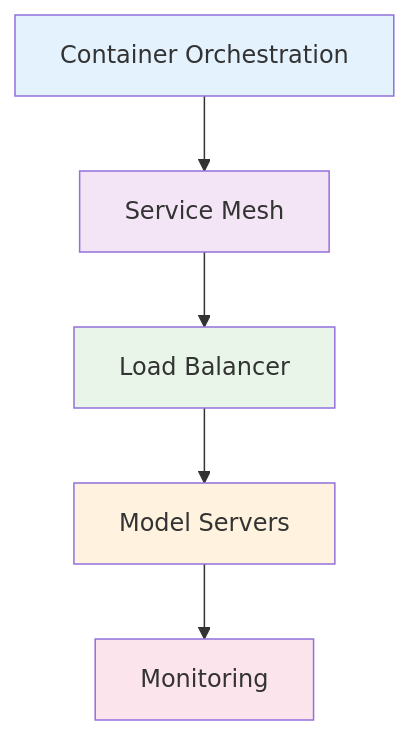
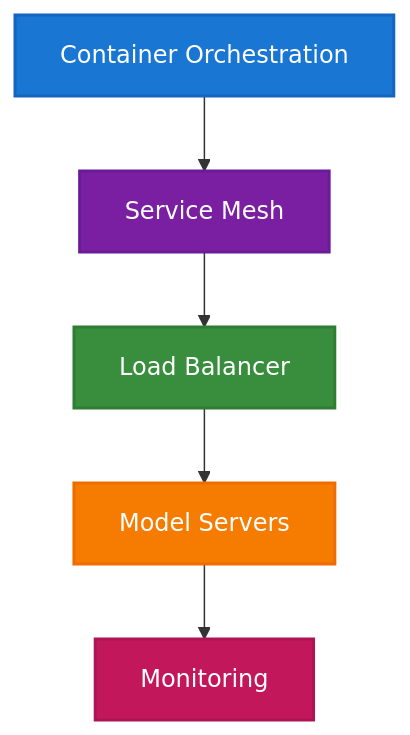
The third of 3 diagrams in mlops_architecture_guide.md (khaosans/articles), drawn with Mermaid before and after one commit. The commit also changed other lines of this file and 5 other files, not shown here.

First line of the commit message:
docs: improve Mermaid diagram readability and clean up footer text

````diff
--- a/mlops_architecture_guide.md
+++ b/mlops_architecture_guide.md
@@ -87,13 +87,13 @@
 ```mermaid
 flowchart TD
     A[Container Orchestration] --> B[Service Mesh]
     B --> C[Load Balancer]
     C --> D[Model Servers]
     D --> E[Monitoring]
     
-    style A fill:#e3f2fd
-    style B fill:#f3e5f5
-    style C fill:#e8f5e8
-    style D fill:#fff3e0
-    style E fill:#fce4ec
+    style A fill:#1976d2,stroke:#1565c0,stroke-width:2px,color:#ffffff
+    style B fill:#7b1fa2,stroke:#6a1b9a,stroke-width:2px,color:#ffffff
+    style C fill:#388e3c,stroke:#2e7d32,stroke-width:2px,color:#ffffff
+    style D fill:#f57c00,stroke:#ef6c00,stroke-width:2px,color:#ffffff
+    style E fill:#c2185b,stroke:#ad1457,stroke-width:2px,color:#ffffff
 ```
````
